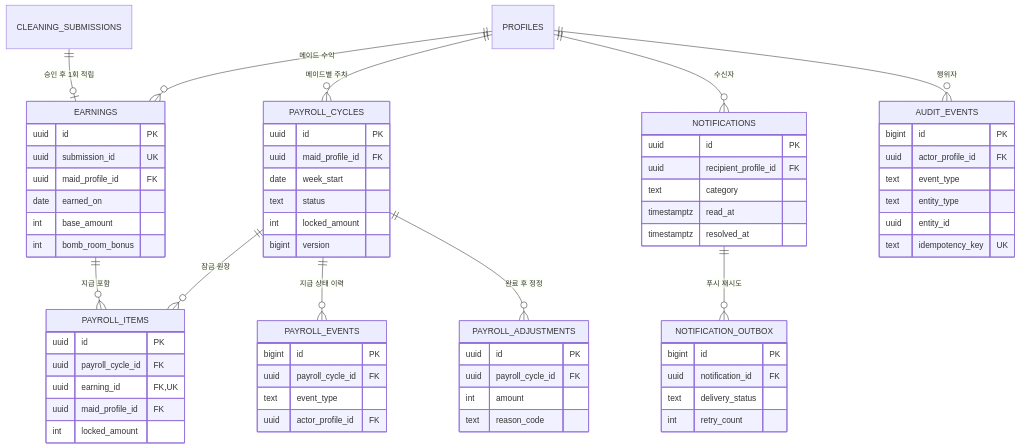
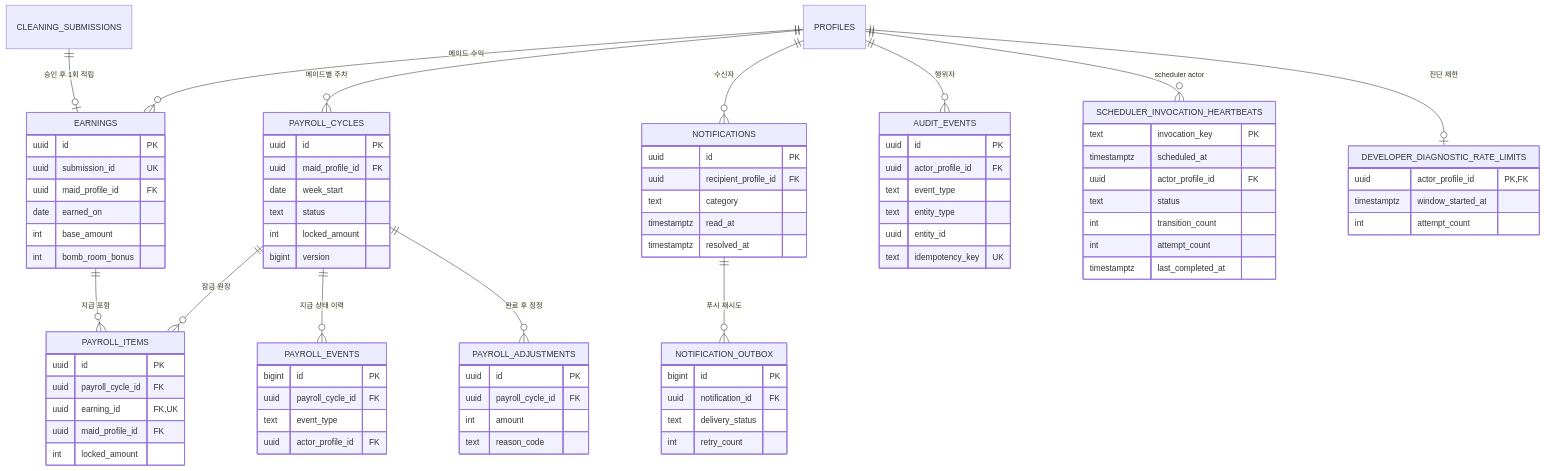
The fifth of 5 diagrams in docs/ERD.md (wrongstory/room-management-system-backend), drawn with Mermaid before and after one commit. The commit also changed other lines of this file and 18 other files, not shown here.

````diff
--- a/docs/ERD.md
+++ b/docs/ERD.md
@@ -378,6 +378,8 @@
   PROFILES ||--o{ NOTIFICATIONS : "수신자"
   NOTIFICATIONS ||--o{ NOTIFICATION_OUTBOX : "푸시 재시도"
   PROFILES ||--o{ AUDIT_EVENTS : "행위자"
+  PROFILES ||--o{ SCHEDULER_INVOCATION_HEARTBEATS : "scheduler actor"
+  PROFILES ||--o| DEVELOPER_DIAGNOSTIC_RATE_LIMITS : "진단 제한"
 
   EARNINGS {
     uuid id PK
@@ -428,11 +430,25 @@
     int retry_count
   }
   AUDIT_EVENTS {
-    bigint id PK
+    uuid id PK
     uuid actor_profile_id FK
     text event_type
     text entity_type
     uuid entity_id
     text idempotency_key UK
   }
+  SCHEDULER_INVOCATION_HEARTBEATS {
+    text invocation_key PK
+    timestamptz scheduled_at
+    uuid actor_profile_id FK
+    text status
+    int transition_count
+    int attempt_count
+    timestamptz last_completed_at
+  }
+  DEVELOPER_DIAGNOSTIC_RATE_LIMITS {
+    uuid actor_profile_id PK,FK
+    timestamptz window_started_at
+    int attempt_count
+  }
 ```
````
